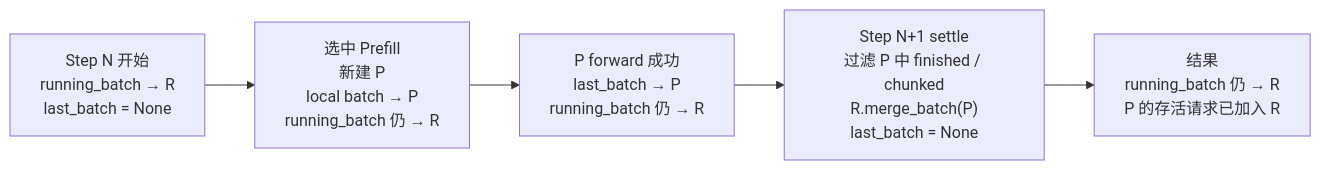
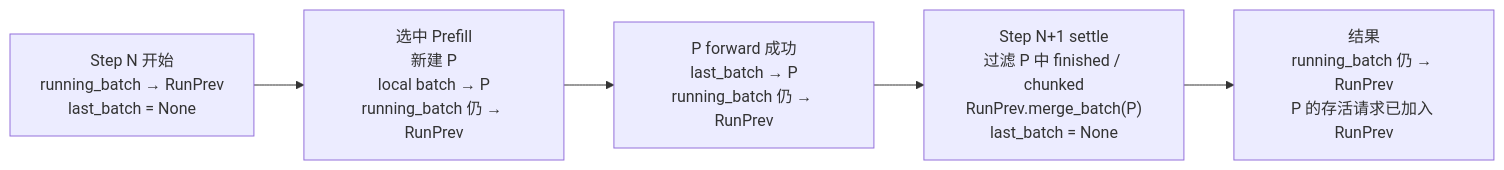
The third of 13 diagrams in my-sglang/docs/scheduler-kv-overview.md (stream-iori/sglang), drawn with Mermaid before and after one commit. The commit also changed other lines of this file, not shown here.

````diff
--- a/my-sglang/docs/scheduler-kv-overview.md
+++ b/my-sglang/docs/scheduler-kv-overview.md
@@ -87,9 +112,9 @@
 ```mermaid
 flowchart LR
-    E0["Step N 开始<br/>running_batch → R<br/>last_batch = None"]
-    E1["选中 Prefill<br/>新建 P<br/>local batch → P<br/>running_batch 仍 → R"]
-    E2["P forward 成功<br/>last_batch → P<br/>running_batch 仍 → R"]
-    E3["Step N+1 settle<br/>过滤 P 中 finished / chunked<br/>R.merge_batch(P)<br/>last_batch = None"]
-    E4["结果<br/>running_batch 仍 → R<br/>P 的存活请求已加入 R"]
+    E0["Step N 开始<br/>running_batch → RunPrev<br/>last_batch = None"]
+    E1["选中 Prefill<br/>新建 P<br/>local batch → P<br/>running_batch 仍 → RunPrev"]
+    E2["P forward 成功<br/>last_batch → P<br/>running_batch 仍 → RunPrev"]
+    E3["Step N+1 settle<br/>过滤 P 中 finished / chunked<br/>RunPrev.merge_batch(P)<br/>last_batch = None"]
+    E4["结果<br/>running_batch 仍 → RunPrev<br/>P 的存活请求已加入 RunPrev"]
     E0 --> E1 --> E2 --> E3 --> E4
 ```
````
